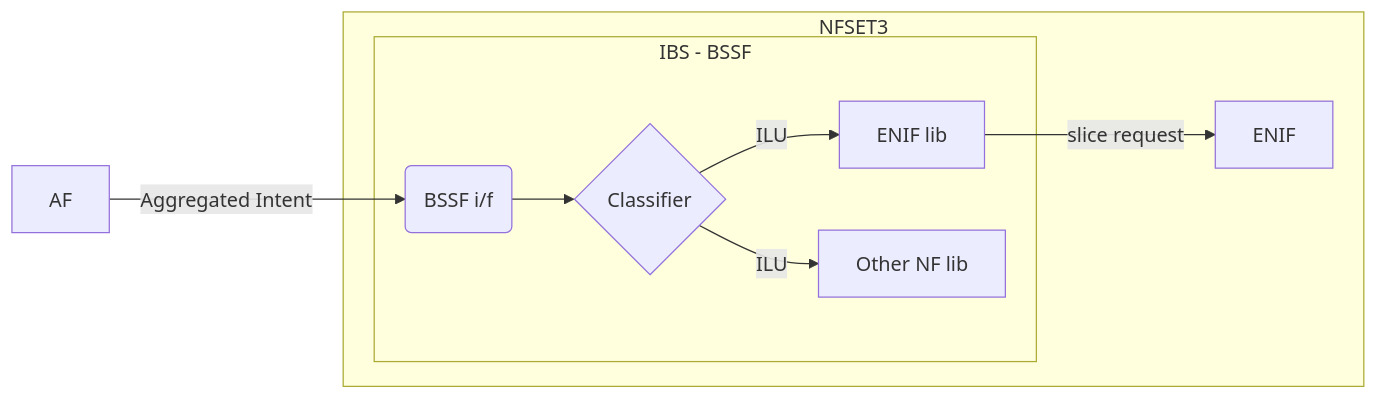
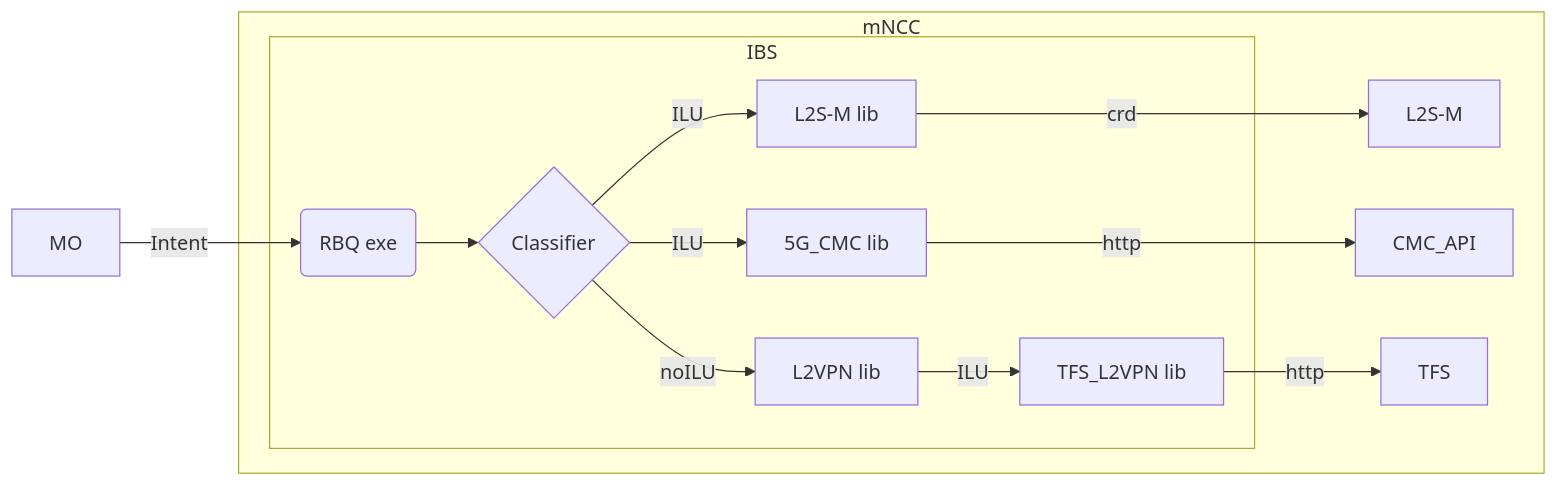
One commit to Telefonica/intent_engine changed the diagram in README.md. Above: the diagram before and after it, drawn with Mermaid. The commit also changed other lines of this file, not shown here.

````diff
--- a/README.md
+++ b/README.md
@@ -109,14 +59,18 @@
 ```mermaid
 flowchart LR
 
-A[AF] -->|Aggregated Intent| B(BSSF i/f)
+A[MO] -->|Intent| B(RBQ exe)
 
-subgraph NFSET3
-subgraph IBS - BSSF
+subgraph mNCC
+subgraph IBS
 B --> C{Classifier}
-	C -->|ILU| D[ENIF lib]
-	C -->|ILU| E[Other NF lib]
+C -->|ILU| D[L2S-M lib]
+C -->|ILU| E[5G_CMC lib]
+C -->|noILU| F[L2VPN lib]
+F -->|ILU| G[TFS_L2VPN lib]
 end
-D -->|slice request| F[ENIF]
+D ---> |crd| H[L2S-M]
+E ---> |http|I[CMC_API]
+G -->|http| K[TFS]
 end
 ```
````
